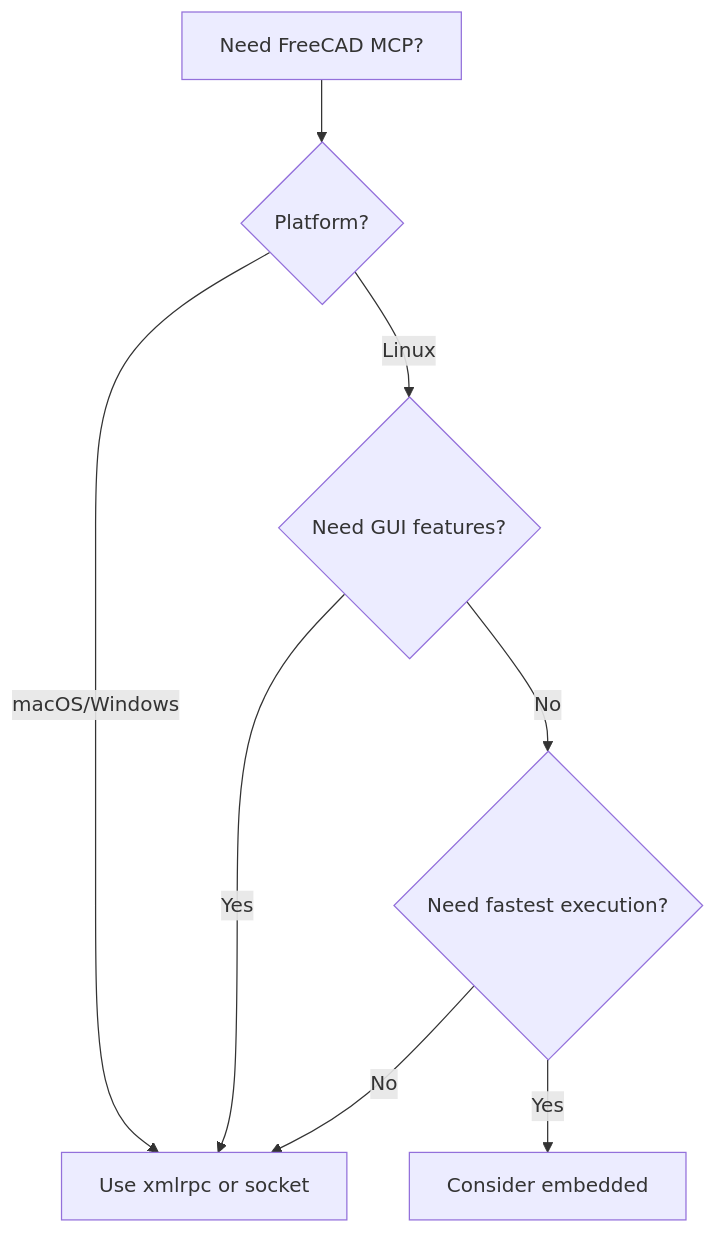
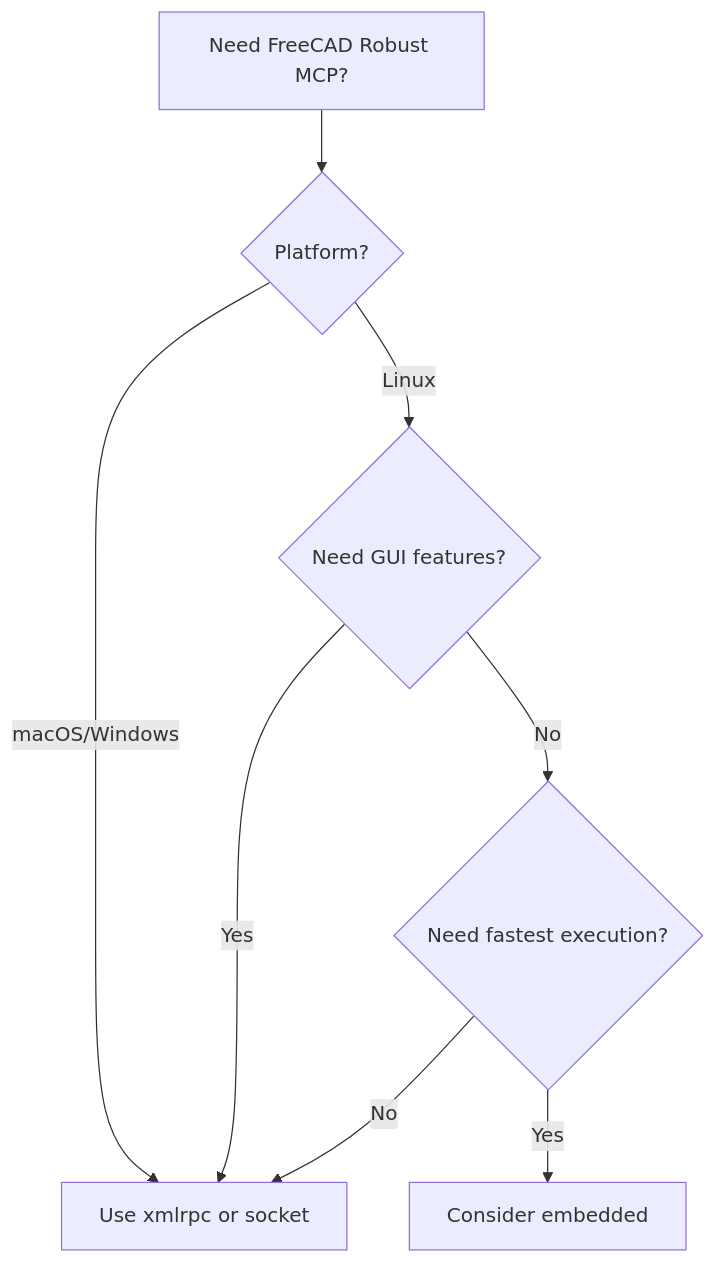
The diagram in docs/guide/connection-modes.md (spkane/freecad-addon-robust-mcp-server), drawn with Mermaid before and after one commit. The commit also changed 91 other files, not shown here.

````diff
--- a/docs/guide/connection-modes.md
+++ b/docs/guide/connection-modes.md
@@ -116,10 +116,10 @@
 ```mermaid
 graph TD
-    A[Need FreeCAD MCP?] --> B{Platform?}
+    A[Need FreeCAD Robust MCP?] --> B{Platform?}
     B -->|macOS/Windows| C[Use xmlrpc or socket]
     B -->|Linux| D{Need GUI features?}
     D -->|Yes| C
     D -->|No| E{Need fastest execution?}
     E -->|Yes| F[Consider embedded]
     E -->|No| C
 ```
````
